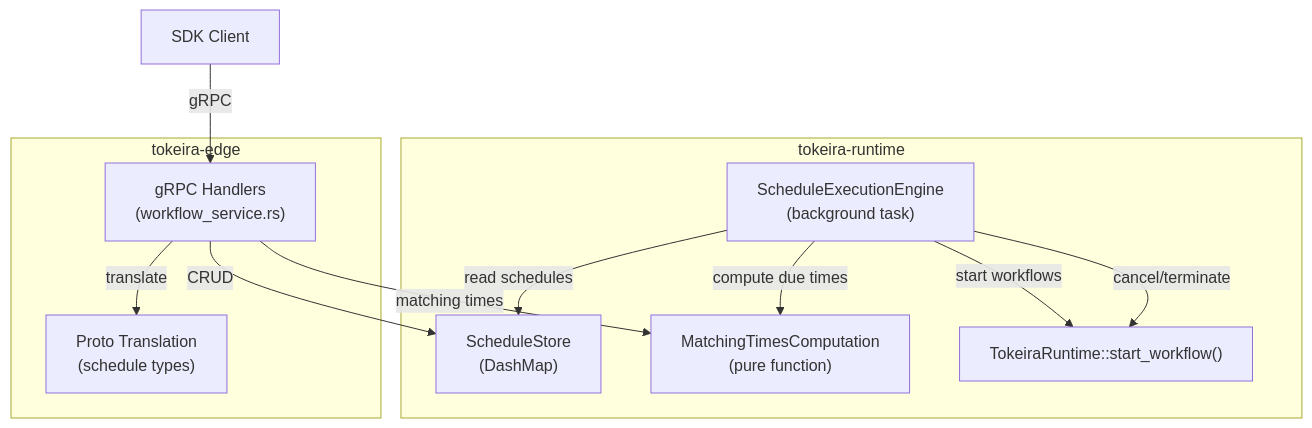
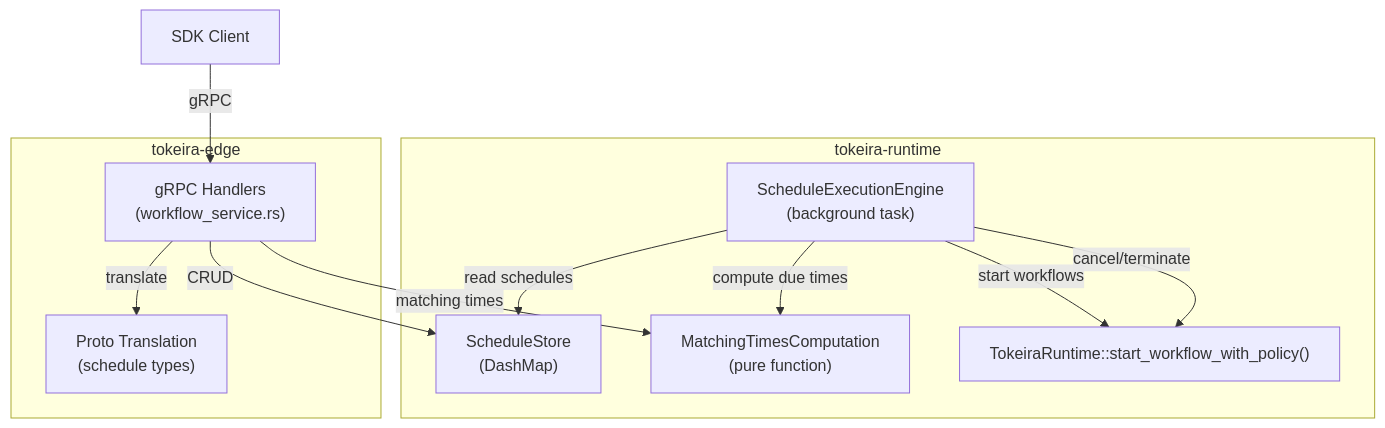
One commit to tokeira/tokeira changed the diagram in .kiro/specs/edge-schedule-transport/design.md. Above: the diagram before and after it, drawn with Mermaid. The commit also changed other lines of this file and 4 other files, not shown here.

````diff
--- a/.kiro/specs/edge-schedule-transport/design.md
+++ b/.kiro/specs/edge-schedule-transport/design.md
@@ -20,22 +20,22 @@
 ```mermaid
 graph TD
     SDK["SDK Client"] -->|gRPC| GH["gRPC Handlers<br/>(workflow_service.rs)"]
     GH -->|CRUD| SS["ScheduleStore<br/>(DashMap)"]
     GH -->|matching times| MTC["MatchingTimesComputation<br/>(pure function)"]
 
     subgraph "tokeira-runtime"
         SS
         MTC
         SEE["ScheduleExecutionEngine<br/>(background task)"]
         SEE -->|read schedules| SS
         SEE -->|compute due times| MTC
-        SEE -->|start workflows| RT["TokeiraRuntime::start_workflow()"]
+        SEE -->|start workflows| RT["TokeiraRuntime::start_workflow_with_policy()"]
         SEE -->|cancel/terminate| RT
     end
 
     subgraph "tokeira-edge"
         GH
         PT["Proto Translation<br/>(schedule types)"]
         GH -->|translate| PT
     end
 ```
````
